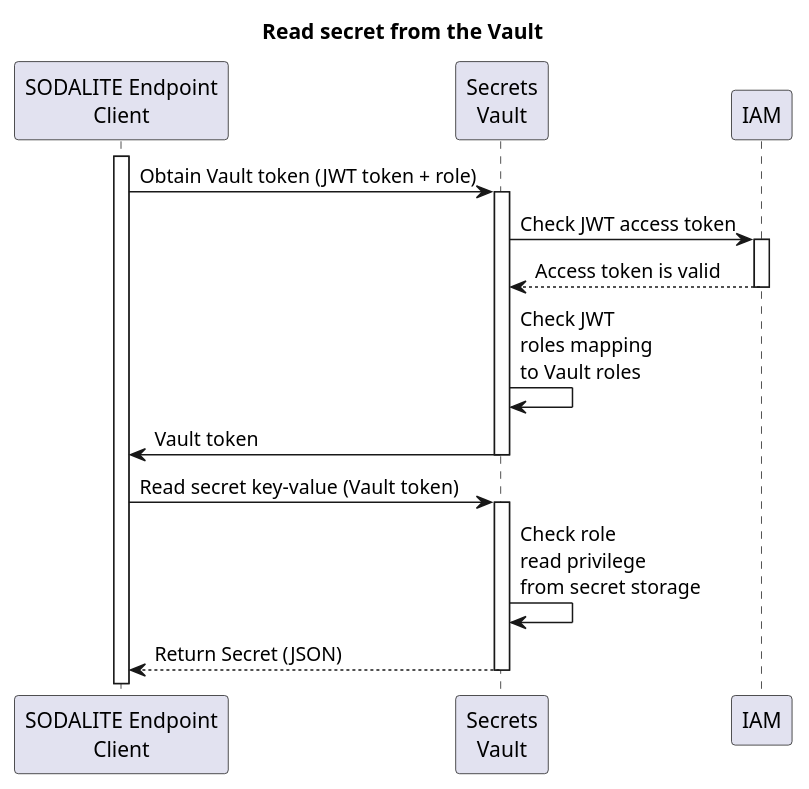
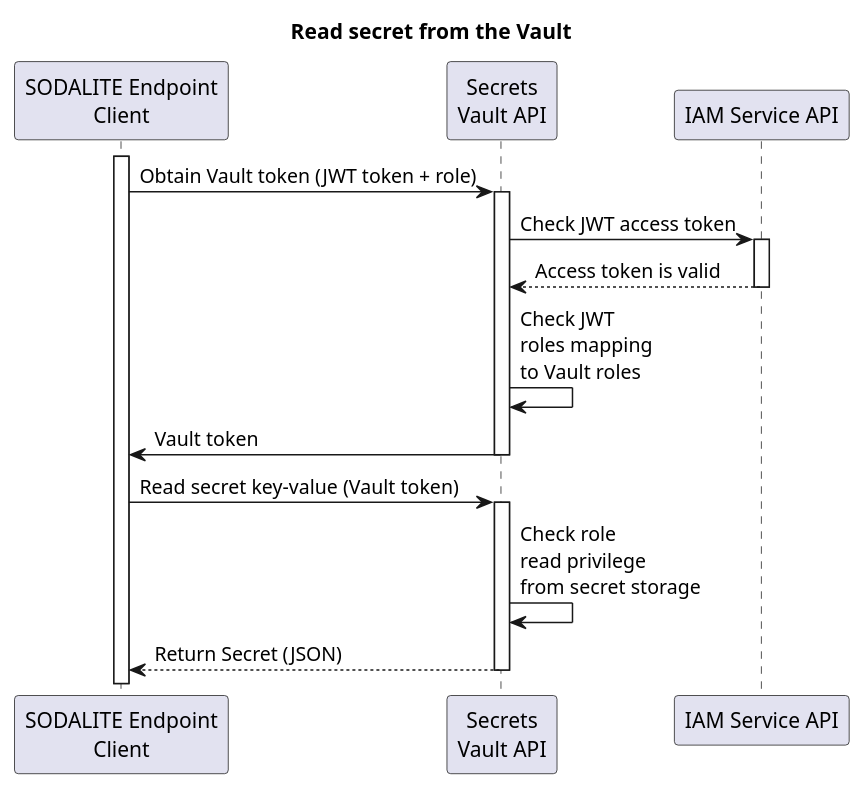
The diagram in uml/sequence-diagrams/security/ReadSecret.puml (SODALITE-EU/project-wide-documentation), drawn with PlantUML before and after one commit. The commit also changed 3 other files, not shown here.

```diff
--- a/uml/sequence-diagrams/security/ReadSecret.puml
+++ b/uml/sequence-diagrams/security/ReadSecret.puml
@@ -1,26 +1,26 @@
 @startuml
 hide unlinked
 title Read secret from the Vault
 participant "SODALITE Endpoint\nClient" as client
-participant "Secrets\nVault" as secretstore
-participant "IAM" as IAM
+participant "Secrets\nVault API" as secretstore
+participant "IAM Service API" as IAM
 
 
 activate client
 client->secretstore: Obtain Vault token (JWT token + role)
 activate secretstore
 secretstore->IAM: Check JWT access token
 activate IAM
 IAM-->secretstore: Access token is valid
 deactivate IAM
 secretstore->secretstore: Check JWT\nroles mapping\nto Vault roles
 secretstore->client: Vault token
 deactivate secretstore
 client->secretstore: Read secret key-value (Vault token)
 activate secretstore
 secretstore->secretstore: Check role\nread privilege\nfrom secret storage
 secretstore-->client: Return Secret (JSON)
 deactivate secretstore
 
 
 @enduml
```
